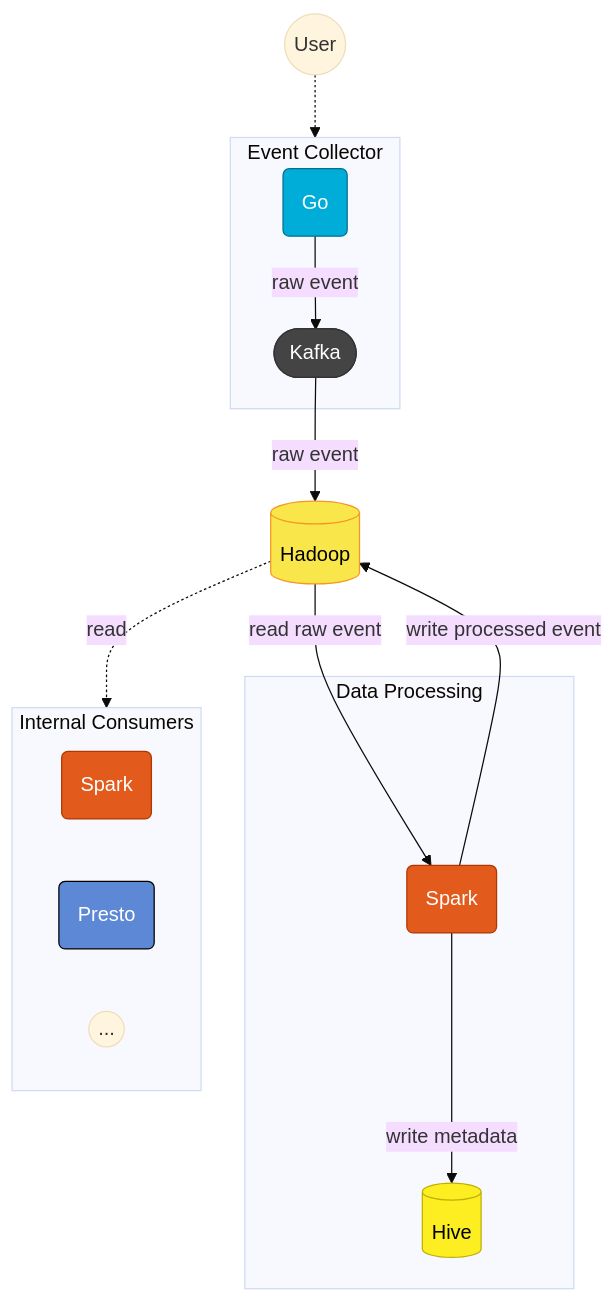
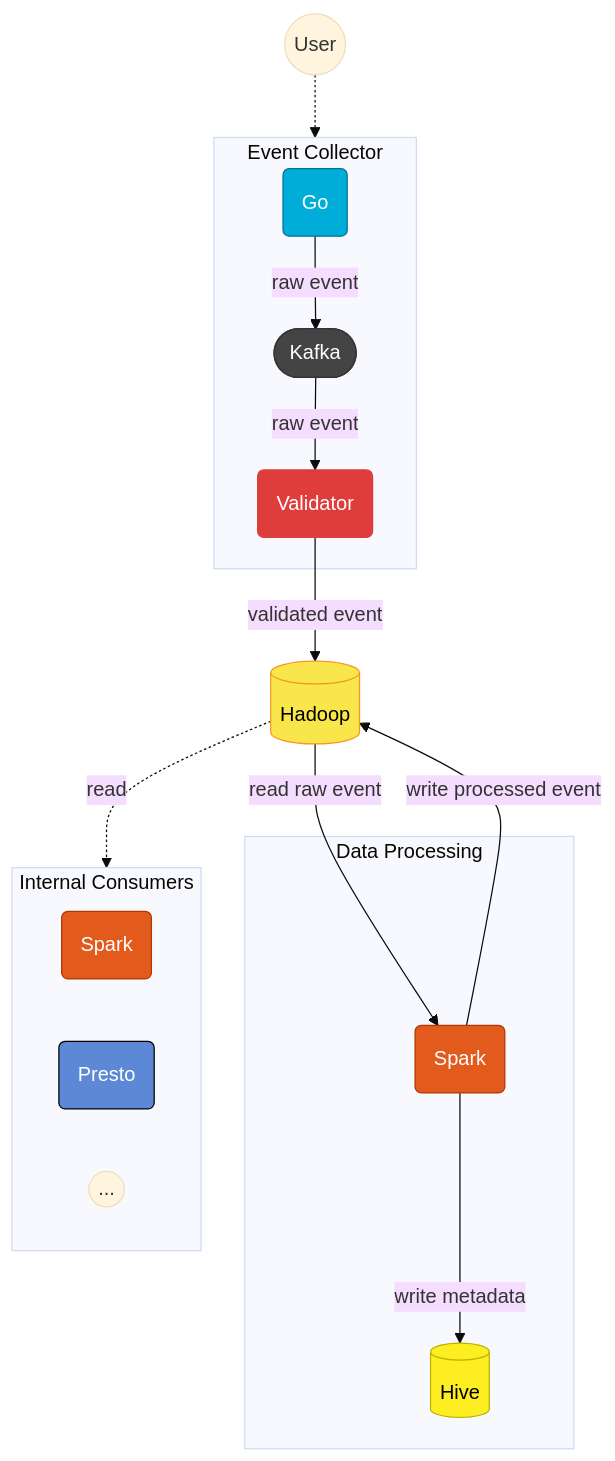
Before and after one commit to csgn/lamode.dev: the diagram in docs/services/clickstream/index.md, drawn with Mermaid (base theme). The commit also changed 18 other files, not shown here.

````diff
--- a/docs/services/clickstream/index.md
+++ b/docs/services/clickstream/index.md
@@ -23,69 +23,74 @@
 ```mermaid
 flowchart TD
     %% Event Collector Components
+        EXTERNAL_USER(("User"))
         EC_GO("Go")
         EC_KAFKA(["Kafka"])
-        EXTERNAL_USER(("User"))
+        EC_VALIDATOR("Validator")
 
         %% Style
             style EC_GO fill:#00ADD8,stroke:#00728f,color:#fff
             style EC_KAFKA fill:#444,stroke:#333,color:#fff
+            style EC_VALIDATOR fill:#DF3D3B,stroke:#DF3D3B,color:#fff
     %% %
 
     %% Storage Components
         HADOOP[("Hadoop")]
 
         %% Style
             style HADOOP fill:#f9e64a,stroke:#f79625,color:#000
     %% %
 
     %% Data Processing Components
         DP_SPARK("Spark")
         DP_HIVE[("Hive")]
 
         %% Style
             style DP_SPARK fill:#e25a1c,stroke:#b13700,color:#fff
             style DP_HIVE fill:#fdee21,stroke:#bdb002,color:#000
     %% %
 
     %% Internal Consumers Components
         IC_SPARK("Spark")
         IC_PRESTO("Presto")
 
         %% Style
             style IC_SPARK fill:#e25a1c,stroke:#b13700,color:#fff
             style IC_PRESTO fill:#5d88d6,stroke:#000,color:#fff
     %% %
 
     %% Subgraphs
         subgraph "event_collector" ["Event Collector"]
             EC_GO
             EC_KAFKA
+            EC_VALIDATOR 
         end
 
 
         subgraph "data_processing" ["Data Processing"]
             DP_SPARK
             DP_HIVE
         end
 
         subgraph "internal_consumers" ["Internal Consumers"]
             IC_SPARK
             IC_PRESTO
             ...((...))
         end
     %% %
 
     %% Relations
         EXTERNAL_USER -.-> event_collector
         
-        EC_GO -- "raw event" --> EC_KAFKA -- "raw event" --> HADOOP
+        EC_GO -- "raw event" --> EC_KAFKA
+        EC_KAFKA -- "raw event" --> EC_VALIDATOR 
+        EC_VALIDATOR -- "validated event" --> HADOOP
 
         HADOOP -- "read raw event" --> DP_SPARK
 
         DP_SPARK -- "write processed event" --> HADOOP
         DP_SPARK -- "write metadata" --> DP_HIVE
 
         HADOOP -. "read" .-> internal_consumers
     %% %
 ```
````
